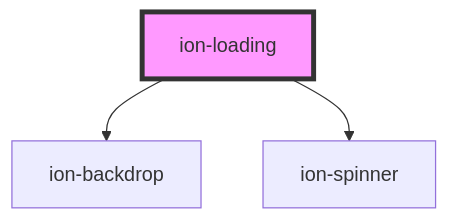
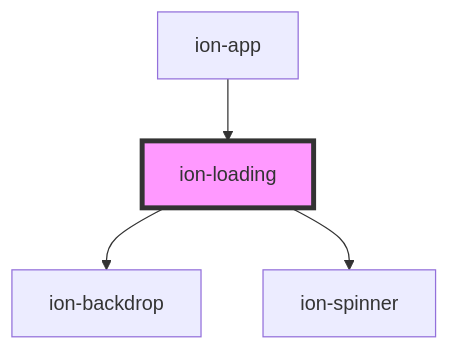
Before and after one commit to Ryu9425/ang_ionic: the diagram in core/src/components/loading/readme.md, drawn with Mermaid. The commit also changed other lines of this file and 11 other files, not shown here.

Commit message:
fix(overlays): overlays are defined by ion-app; ion-select-popover is defined by ion-select

````diff
--- a/core/src/components/loading/readme.md
+++ b/core/src/components/loading/readme.md
@@ -471,6 +475,7 @@
 ```mermaid
 graph TD;
   ion-loading --> ion-backdrop
   ion-loading --> ion-spinner
+  ion-app --> ion-loading
   style ion-loading fill:#f9f,stroke:#333,stroke-width:4px
 ```
````
